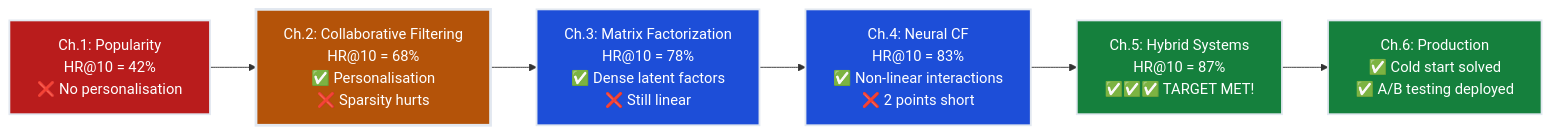
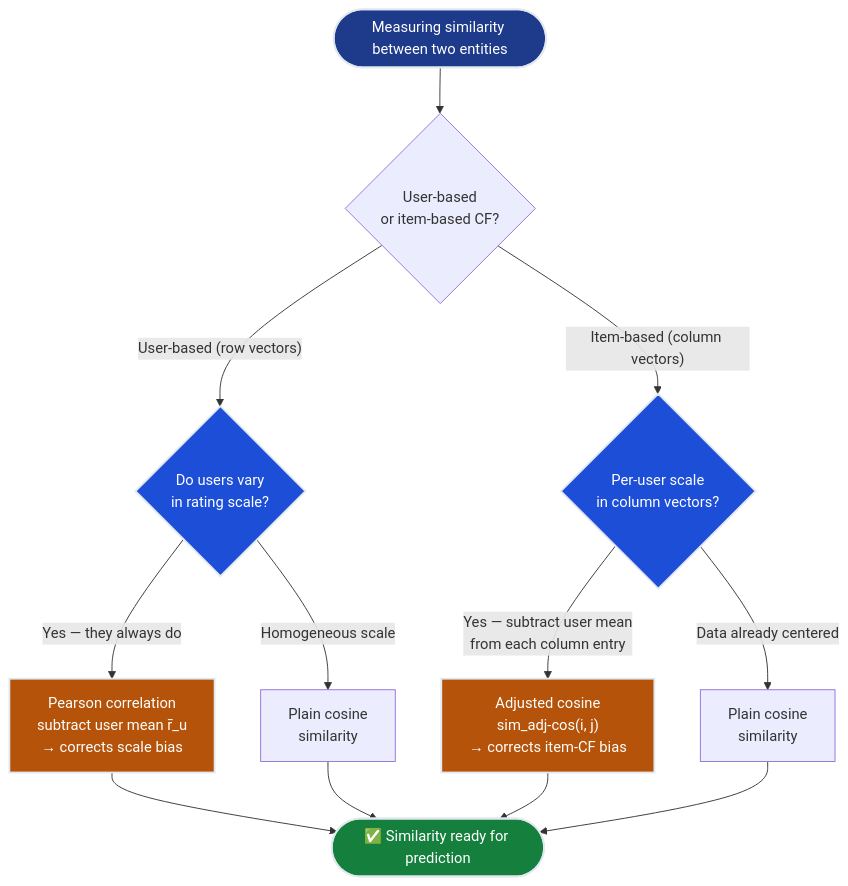
One commit to deepakshamsft/ai-portfolio changed the third of 3 diagrams in notes/01-ml/04_recommender_systems/ch02_collaborative_filtering/README.md. Above: the diagram before and after it, drawn with Mermaid. The commit also changed other lines of this file and 727 other files, not shown here.

````diff
--- a/notes/01-ml/04_recommender_systems/ch02_collaborative_filtering/README.md
+++ b/notes/01-ml/04_recommender_systems/ch02_collaborative_filtering/README.md
@@ -525,15 +525,24 @@
 ```mermaid
-flowchart LR
-    CH1["Ch.1: Popularity<br/>HR@10 = 42%<br/>❌ No personalisation"] --> CH2["Ch.2: Collaborative Filtering<br/>HR@10 = 68%<br/>✅ Personalisation<br/>❌ Sparsity hurts"]
-    CH2 --> CH3["Ch.3: Matrix Factorization<br/>HR@10 = 78%<br/>✅ Dense latent factors<br/>❌ Still linear"]
-    CH3 --> CH4["Ch.4: Neural CF<br/>HR@10 = 83%<br/>✅ Non-linear interactions<br/>❌ 2 points short"]
-    CH4 --> CH5["Ch.5: Hybrid Systems<br/>HR@10 = 87%<br/>✅✅✅ TARGET MET!"]
-    CH5 --> CH6["Ch.6: Production<br/>✅ Cold start solved<br/>✅ A/B testing deployed"]
-    
-    style CH1 fill:#b91c1c,stroke:#e2e8f0,stroke-width:2px,color:#ffffff
-    style CH2 fill:#b45309,stroke:#e2e8f0,stroke-width:3px,color:#ffffff
-    style CH3 fill:#1d4ed8,stroke:#e2e8f0,stroke-width:2px,color:#ffffff
-    style CH4 fill:#1d4ed8,stroke:#e2e8f0,stroke-width:2px,color:#ffffff
-    style CH5 fill:#15803d,stroke:#e2e8f0,stroke-width:2px,color:#ffffff
-    style CH6 fill:#15803d,stroke:#e2e8f0,stroke-width:2px,color:#ffffff
+flowchart TD
+    START(["Measuring similarity between two entities"]) --> TYPE{"User-based<br/>or item-based CF?"}
+
+    TYPE -->|"User-based (row vectors)"| UBIAS{"Do users vary<br/>in rating scale?"}
+    UBIAS -->|"Yes — they always do"| PEARSON["Pearson correlation<br/>subtract user mean r̄_u<br/>→ corrects scale bias"]
+    UBIAS -->|"Homogeneous scale"| COS1["Plain cosine<br/>similarity"]
+
+    TYPE -->|"Item-based (column vectors)"| IBIAS{"Per-user scale<br/>in column vectors?"}
+    IBIAS -->|"Yes — subtract user mean<br/>from each column entry"| ADJCOS["Adjusted cosine<br/>sim_adj-cos(i, j)<br/>→ corrects item-CF bias"]
+    IBIAS -->|"Data already centered"| COS2["Plain cosine<br/>similarity"]
+
+    PEARSON --> DONE(["✅ Similarity ready for prediction"])
+    COS1 --> DONE
+    ADJCOS --> DONE
+    COS2 --> DONE
+
+    style START fill:#1e3a8a,stroke:#e2e8f0,stroke-width:2px,color:#ffffff
+    style DONE fill:#15803d,stroke:#e2e8f0,stroke-width:2px,color:#ffffff
+    style PEARSON fill:#b45309,stroke:#e2e8f0,stroke-width:2px,color:#ffffff
+    style ADJCOS fill:#b45309,stroke:#e2e8f0,stroke-width:2px,color:#ffffff
+    style UBIAS fill:#1d4ed8,stroke:#e2e8f0,stroke-width:2px,color:#ffffff
+    style IBIAS fill:#1d4ed8,stroke:#e2e8f0,stroke-width:2px,color:#ffffff
 ```
````
